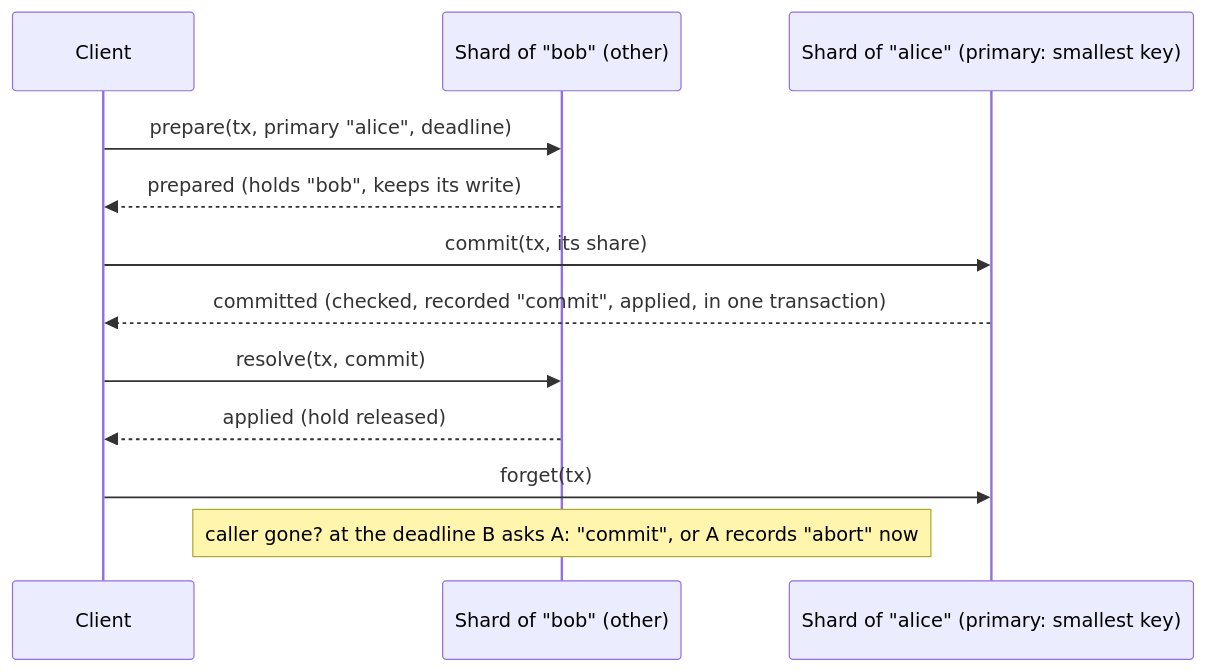
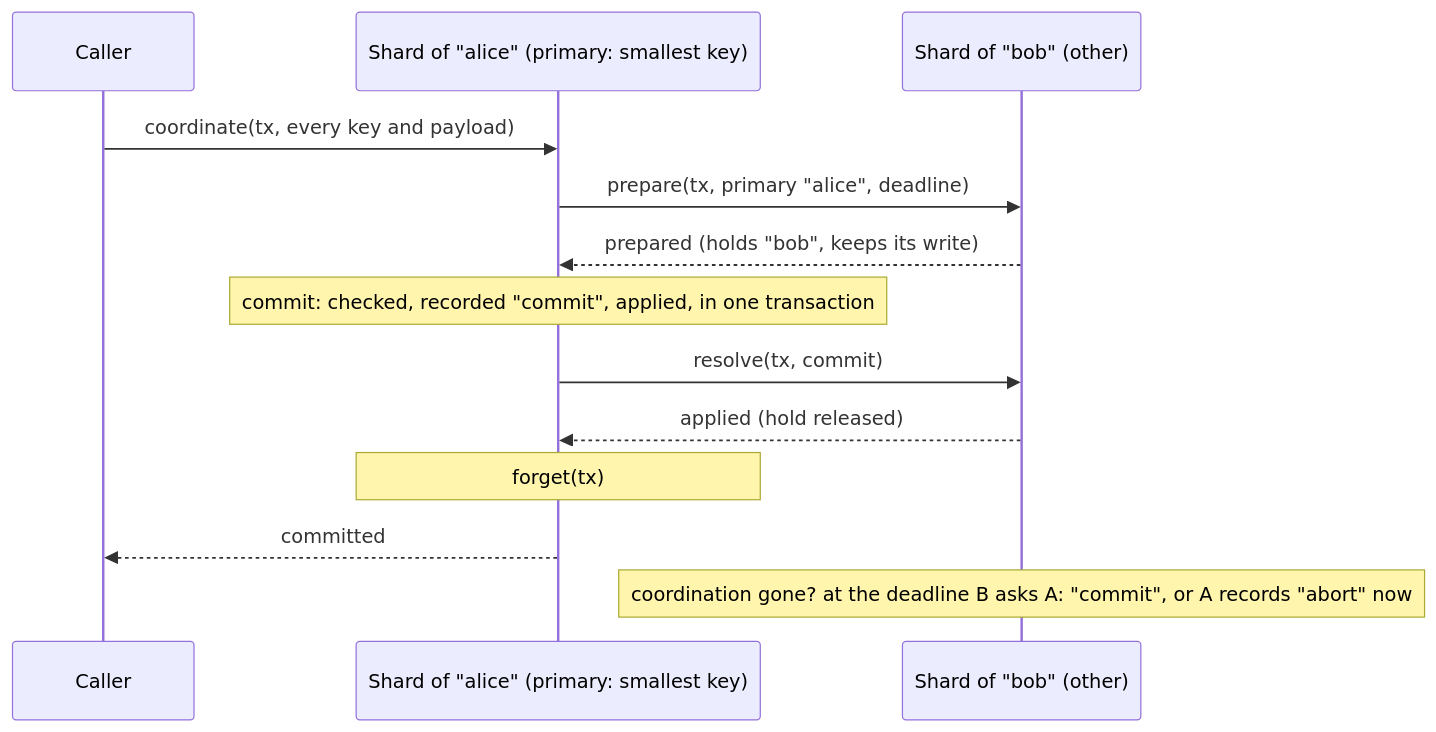
The diagram in docs/rfds/RFD0008-atomic-calls-across-shards.md (leostera/do-kit), drawn with Mermaid before and after one commit. The commit also changed other lines of this file and 8 other files, not shown here.

````diff
--- a/docs/rfds/RFD0008-atomic-calls-across-shards.md
+++ b/docs/rfds/RFD0008-atomic-calls-across-shards.md
@@ -96,14 +96,15 @@
 ```mermaid
 sequenceDiagram
-  participant C as Client
+  participant W as Caller
+  participant A as Shard of "alice" (primary: smallest key)
   participant B as Shard of "bob" (other)
-  participant A as Shard of "alice" (primary: smallest key)
-  C->>B: prepare(tx, primary "alice", deadline)
-  B-->>C: prepared (holds "bob", keeps its write)
-  C->>A: commit(tx, its share)
-  A-->>C: committed (checked, recorded "commit", applied, in one transaction)
-  C->>B: resolve(tx, commit)
-  B-->>C: applied (hold released)
-  C->>A: forget(tx)
-  Note over B: caller gone? at the deadline B asks A: "commit", or A records "abort" now
+  W->>A: coordinate(tx, every key and payload)
+  A->>B: prepare(tx, primary "alice", deadline)
+  B-->>A: prepared (holds "bob", keeps its write)
+  Note over A: commit: checked, recorded "commit", applied, in one transaction
+  A->>B: resolve(tx, commit)
+  B-->>A: applied (hold released)
+  Note over A: forget(tx)
+  A-->>W: committed
+  Note over B: coordination gone? at the deadline B asks A: "commit", or A records "abort" now
 ```
````
